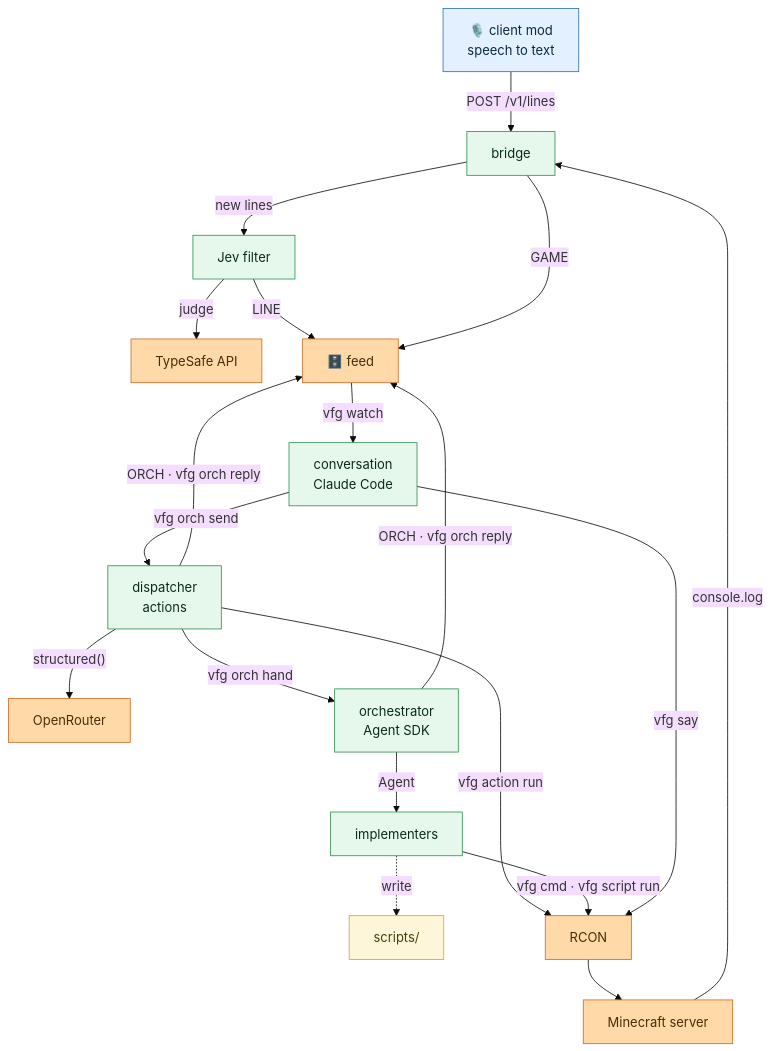
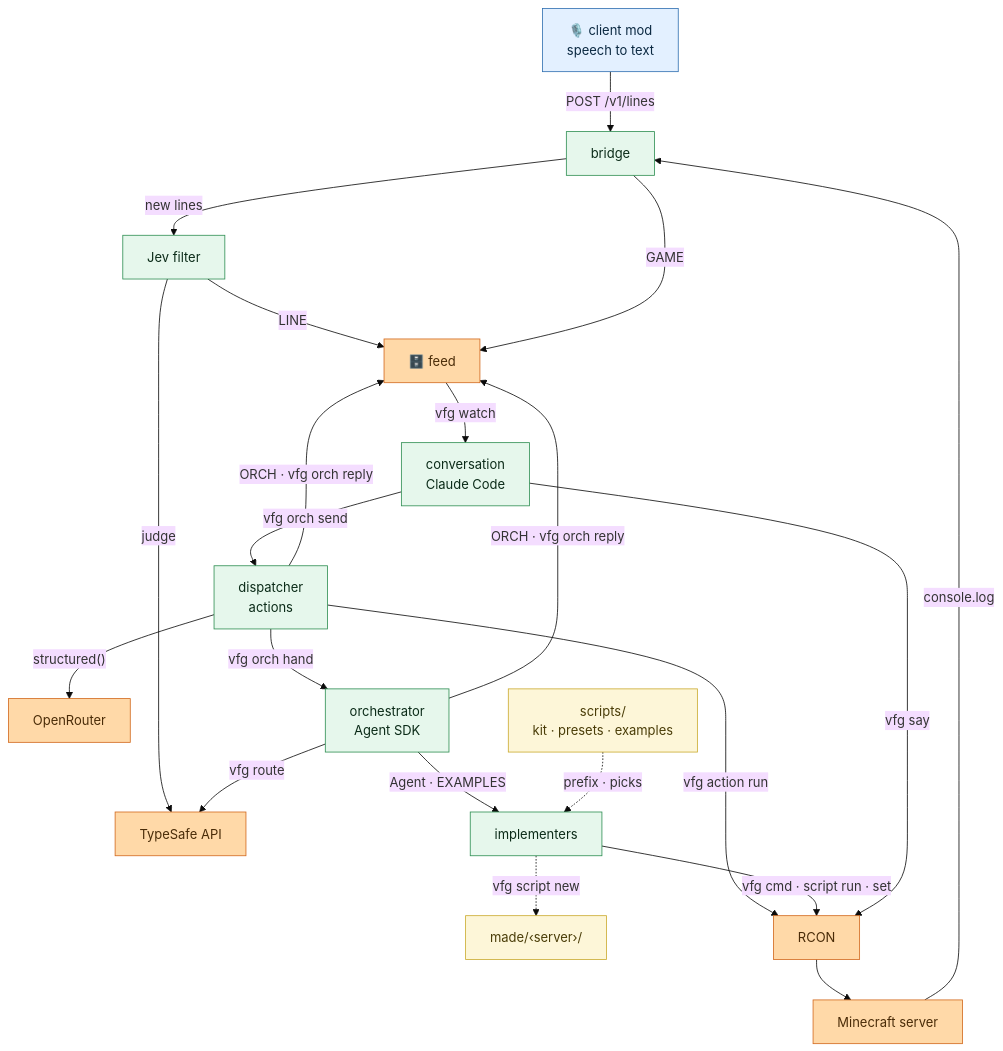
Before and after one commit to jesse51002/everhear: the diagram in README.md, drawn with Mermaid (base theme). The commit also changed other lines of this file, not shown here.

First line of the commit message:
README: the graph and the prose for the script library

````diff
--- a/README.md
+++ b/README.md
@@ -10,44 +10,47 @@
 ```mermaid
 flowchart TB
   Mod["🎙️ client mod<br/>speech to text"]
   Bridge["bridge"]
   Jev["Jev filter"]
   TypeSafe["TypeSafe API"]
   Feed["🗄️ feed"]
   Conv["conversation<br/>Claude Code"]
   Disp["dispatcher<br/>actions"]
   OpenRouter["OpenRouter"]
   Orch["orchestrator<br/>Agent SDK"]
   Impl["implementers"]
-  Scripts["scripts/"]
+  Library["scripts/<br/>kit · presets · examples"]
+  Made["made/‹server›/"]
   RCON["RCON"]
   MC["Minecraft server"]
 
   Mod -->|"POST /v1/lines"| Bridge
   Bridge -->|"new lines"| Jev
   Jev -->|"judge"| TypeSafe
   Jev -->|"LINE"| Feed
   Bridge -->|"GAME"| Feed
   Feed -->|"vfg watch"| Conv
   Conv -->|"vfg orch send"| Disp
   Disp -->|"structured()"| OpenRouter
   Disp -->|"vfg orch hand"| Orch
   Disp -->|"vfg action run"| RCON
-  Orch -->|"Agent"| Impl
-  Impl -.->|"write"| Scripts
-  Impl -->|"vfg cmd · vfg script run"| RCON
+  Orch -->|"vfg route"| TypeSafe
+  Orch -->|"Agent · EXAMPLES"| Impl
+  Library -.->|"prefix · picks"| Impl
+  Impl -.->|"vfg script new"| Made
+  Impl -->|"vfg cmd · script run · set"| RCON
   Conv -->|"vfg say"| RCON
   RCON --> MC
   MC -->|"console.log"| Bridge
   Disp -->|"ORCH · vfg orch reply"| Feed
   Orch -->|"ORCH · vfg orch reply"| Feed
 
   classDef client fill:#e3f0ff,stroke:#2f6fb0,color:#0b2942;
   classDef svc    fill:#e6f7ec,stroke:#2f8f53,color:#0b2b18;
   classDef ext    fill:#ffd9a8,stroke:#d2691e,color:#4a2c08;
   classDef tool   fill:#fdf6d8,stroke:#caab2f,color:#4a3d08;
   class Mod client;
   class Bridge,Jev,Conv,Disp,Orch,Impl svc;
   class Feed,TypeSafe,OpenRouter,RCON,MC ext;
-  class Scripts tool;
+  class Library,Made tool;
 ```
````
